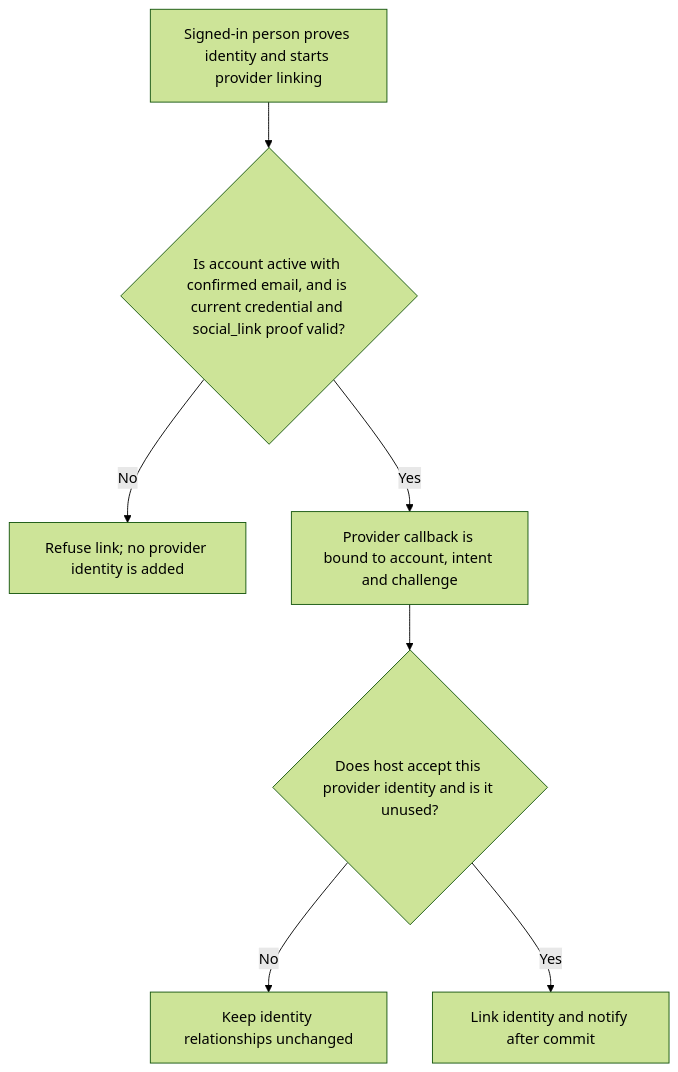
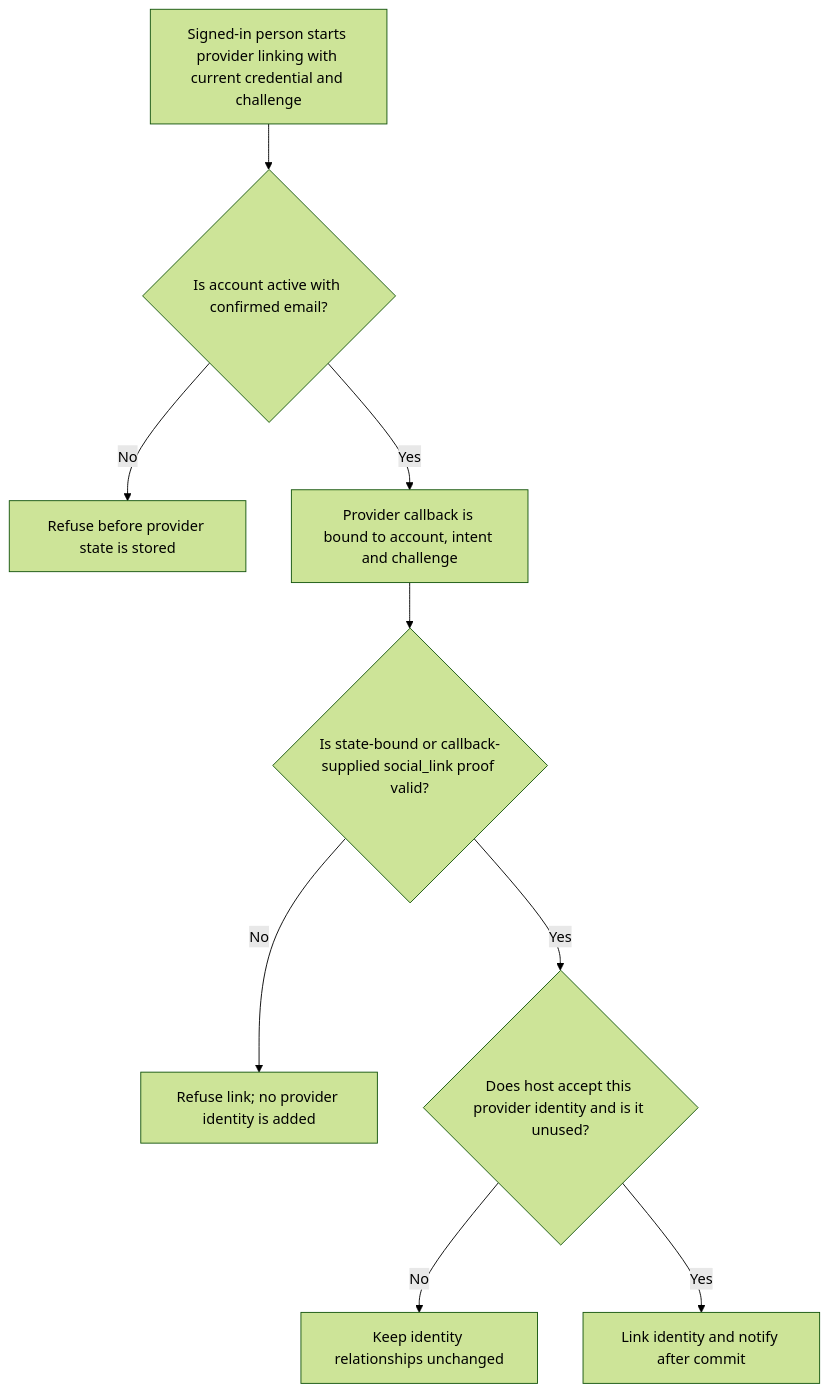
One commit to Kevinjohn/oss-adonisjs-account-kit changed the first of 2 diagrams in user-stories/US-ACCOUNT-21-link-social-identity.md. Above: the diagram before and after it, drawn with Mermaid (forest theme). The commit also changed other lines of this file and 15 other files, not shown here.

````diff
--- a/user-stories/US-ACCOUNT-21-link-social-identity.md
+++ b/user-stories/US-ACCOUNT-21-link-social-identity.md
@@ -18,9 +18,11 @@
 ```mermaid
 flowchart TD
- A["Signed-in person proves identity and starts provider linking"] --> B{"Is account active with confirmed email, and is current credential and social_link proof valid?"}
- B -->|No| C["Refuse link; no provider identity is added"]
+ A["Signed-in person starts provider linking with current credential and challenge"] --> B{"Is account active with confirmed email?"}
+ B -->|No| C["Refuse before provider state is stored"]
  B -->|Yes| D["Provider callback is bound to account, intent and challenge"]
- D --> E{"Does host accept this provider identity and is it unused?"}
- E -->|No| F["Keep identity relationships unchanged"]
- E -->|Yes| G["Link identity and notify after commit"]
+ D --> E{"Is state-bound or callback-supplied social_link proof valid?"}
+ E -->|No| F["Refuse link; no provider identity is added"]
+ E -->|Yes| G{"Does host accept this provider identity and is it unused?"}
+ G -->|No| H["Keep identity relationships unchanged"]
+ G -->|Yes| I["Link identity and notify after commit"]
 ```
````
